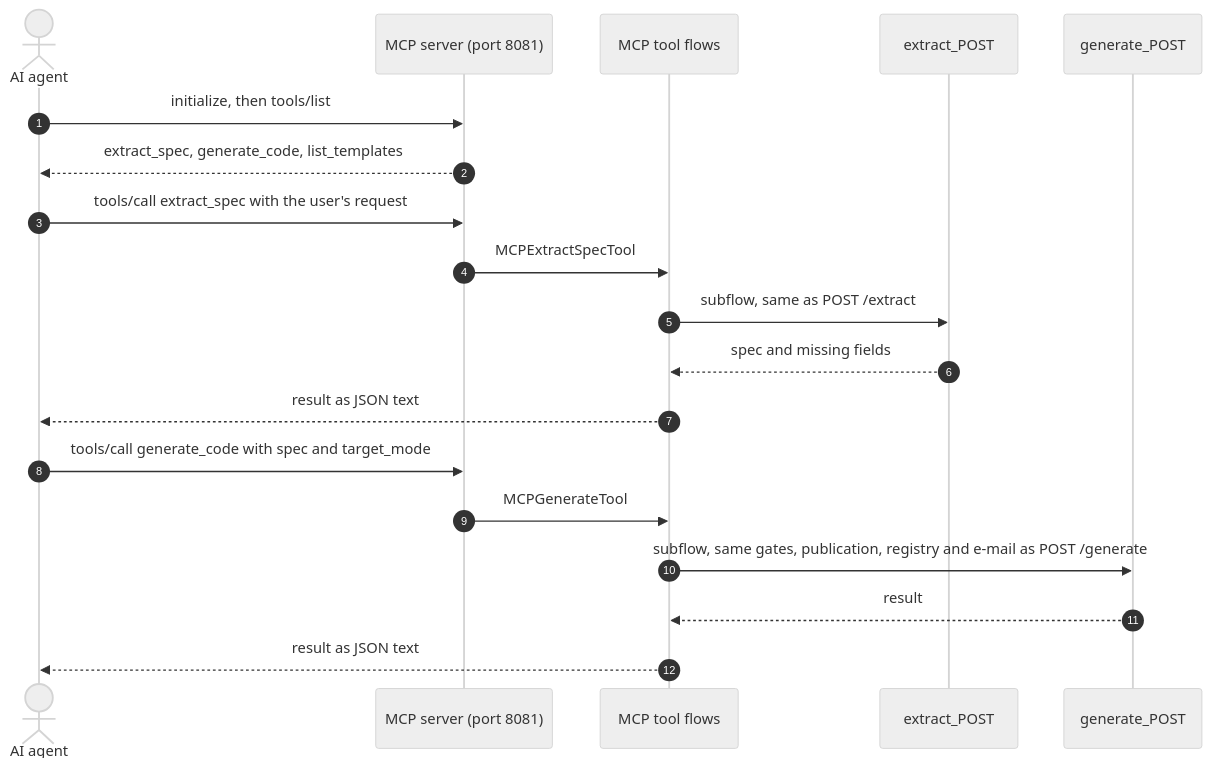
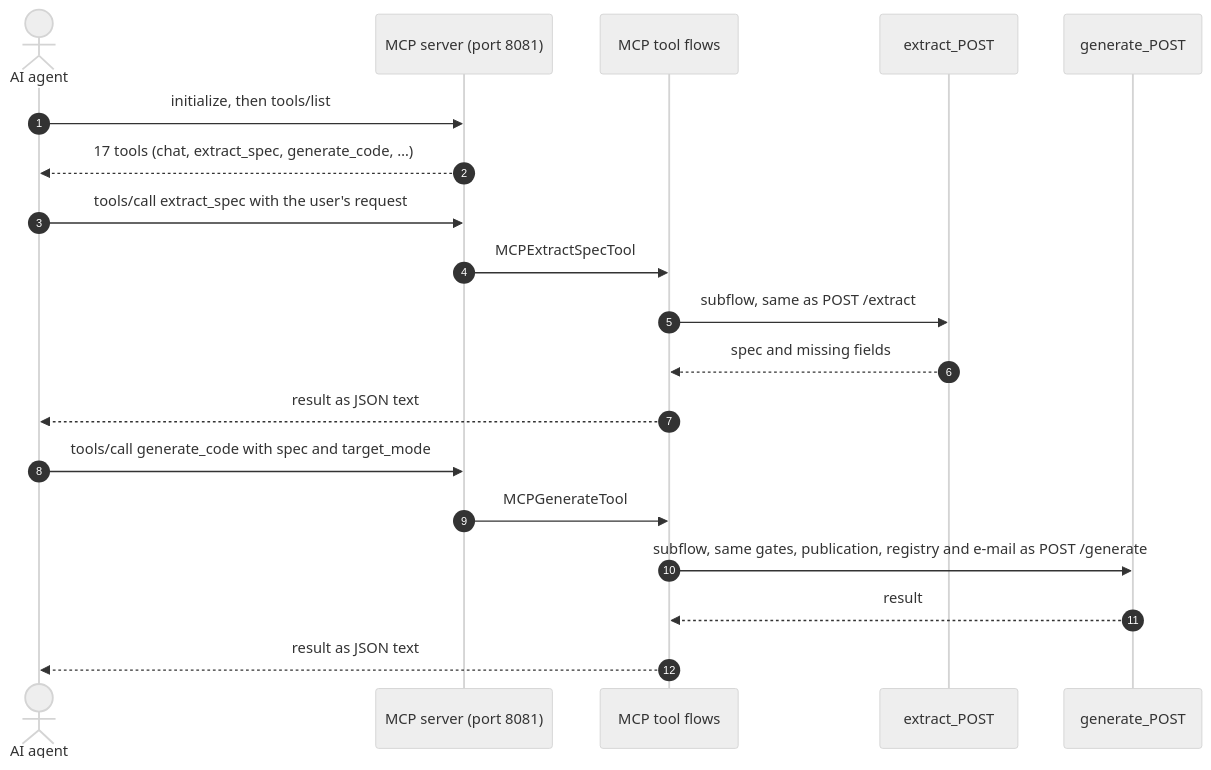
Before and after one commit to mpandav-tibco/ai-template-generator: the seventh of 10 diagrams in README.md, drawn with Mermaid (neutral theme). The commit also changed other lines of this file and 1 other file, not shown here.

````diff
--- a/README.md
+++ b/README.md
@@ -373,21 +405,21 @@
 ```mermaid
 sequenceDiagram
     autonumber
     actor A as AI agent
     participant M as MCP server (port 8081)
     participant T as MCP tool flows
     participant X as extract_POST
     participant G as generate_POST
     A->>M: initialize, then tools/list
-    M-->>A: extract_spec, generate_code, list_templates
+    M-->>A: 17 tools (chat, extract_spec, generate_code, …)
     A->>M: tools/call extract_spec with the user's request
     M->>T: MCPExtractSpecTool
     T->>X: subflow, same as POST /extract
     X-->>T: spec and missing fields
     T-->>A: result as JSON text
     A->>M: tools/call generate_code with spec and target_mode
     M->>T: MCPGenerateTool
     T->>G: subflow, same gates, publication, registry and e-mail as POST /generate
     G-->>T: result
     T-->>A: result as JSON text
 ```
````
